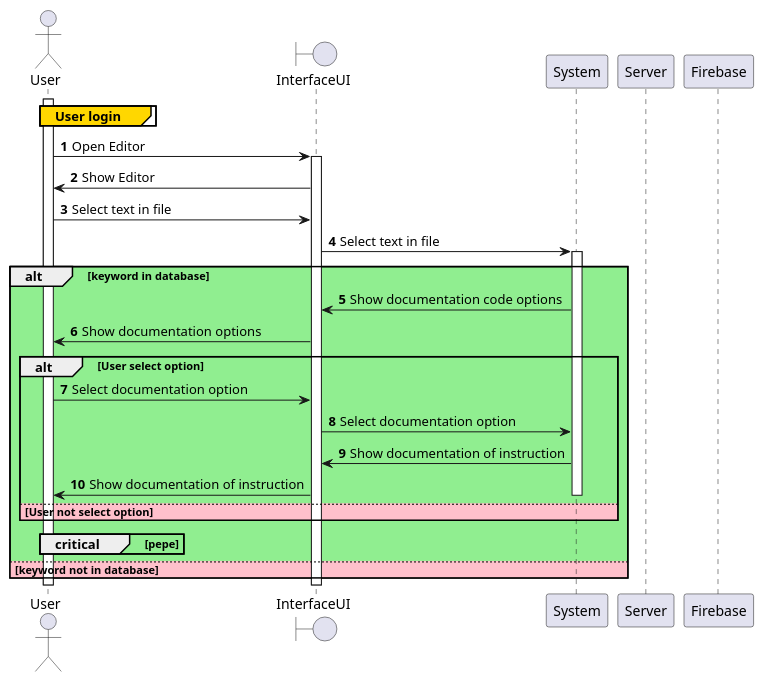
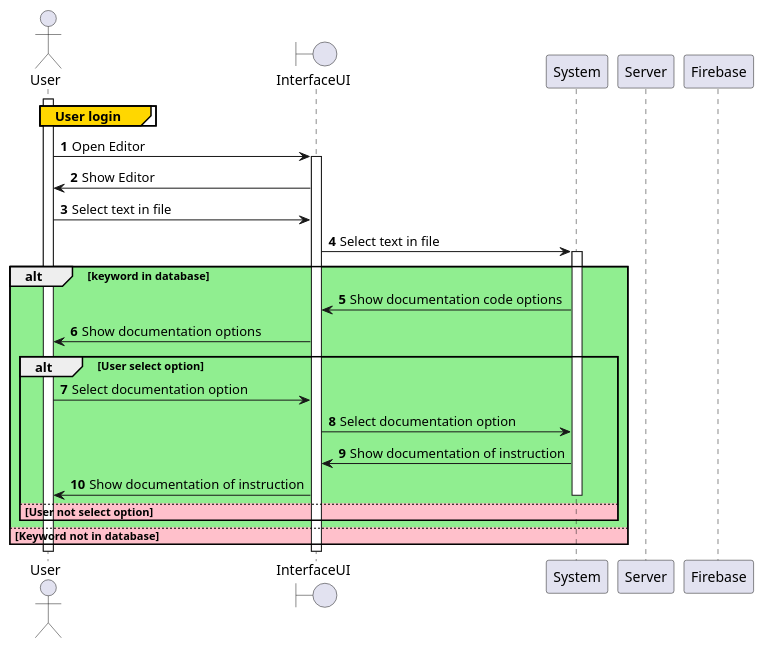
One commit to nonodev96/THUMDER changed the diagram in UML/4.11.ShowDocumentationCode.puml. Above: the diagram before and after it, drawn with PlantUML. The commit also changed 29 other files, not shown here.

```diff
--- a/UML/4.11.ShowDocumentationCode.puml
+++ b/UML/4.11.ShowDocumentationCode.puml
@@ -1,46 +1,43 @@
 @startuml
 'https://plantuml.com/sequence-diagram
 
 autonumber
 
 actor User
 boundary InterfaceUI
 participant System
 participant Server
 participant Firebase
 
 activate User
 group#Gold User login
 
 end
 User -> InterfaceUI: Open Editor
 activate InterfaceUI
 User <- InterfaceUI: Show Editor
 User -> InterfaceUI: Select text in file
 InterfaceUI -> System: Select text in file
 activate System
 
 alt #LightGreen keyword in database
   InterfaceUI <- System: Show documentation code options
   User <- InterfaceUI: Show documentation options
   alt #LightGreen User select option
     User -> InterfaceUI: Select documentation option
     InterfaceUI -> System: Select documentation option
     InterfaceUI <- System: Show documentation of instruction
     User <- InterfaceUI: Show documentation of instruction
     'User <- InterfaceUI: Whow Write text
   else #Pink User not select option
     deactivate System
   end
-  critical pepe
-
-  end
-else #Pink keyword not in database
+else #Pink Keyword not in database
   'InterfaceUI <- System: Edit file error
   'User x<- InterfaceUI: Edit file error
 end
 
 deactivate InterfaceUI
 deactivate User
 
 @enduml
```
